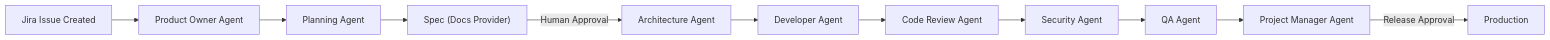
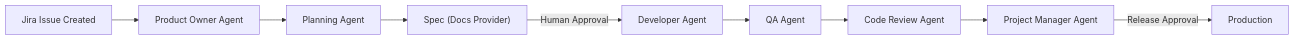
The diagram in PRODUCT_SPEC.md (klikaba/AI-assisted-delivery), drawn with Mermaid before and after one commit. The commit also changed other lines of this file, not shown here.

Commit message:
Align product spec with Delivery OS overview

````diff
--- a/PRODUCT_SPEC.md
+++ b/PRODUCT_SPEC.md
@@ -38,13 +38,11 @@
 ```mermaid
 flowchart LR
     A[Jira Issue Created] --> B[Product Owner Agent]
     B --> C[Planning Agent]
     C --> D["Spec (Docs Provider)"]
-    D -->|Human Approval| E[Architecture Agent]
-    E --> F[Developer Agent]
+    D -->|Human Approval| E[Developer Agent]
+    E --> F[QA Agent]
     F --> G[Code Review Agent]
-    G --> H[Security Agent]
-    H --> I[QA Agent]
-    I --> J[Project Manager Agent]
-    J -->|Release Approval| K[Production]
+    G --> H[Project Manager Agent]
+    H -->|Release Approval| I[Production]
 ```
````
